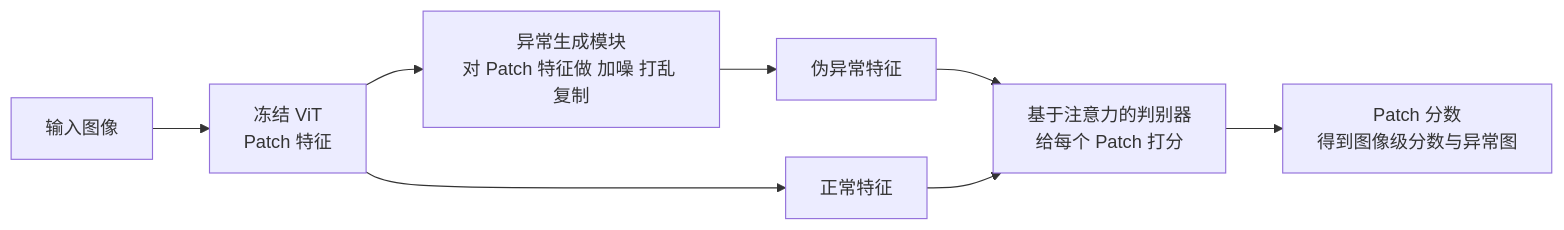
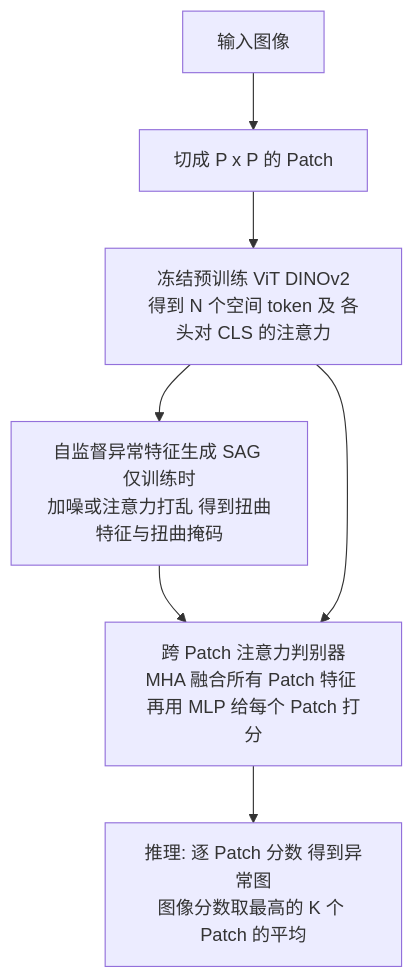
One commit to junxnone/aiwiki changed the diagram in docs/0755_paper_GeneralAD.md. Above: the diagram before and after it, drawn with Mermaid. The commit also changed other lines of this file and 1 other file, not shown here.

````diff
--- a/docs/0755_paper_GeneralAD.md
+++ b/docs/0755_paper_GeneralAD.md
@@ -18,10 +20,9 @@
 ```mermaid
-graph LR
-    X["输入图像"] --> V["冻结 ViT<br/>Patch 特征"]
-    V --> G["异常生成模块<br/>对 Patch 特征做 加噪 打乱 复制"]
-    G --> P["伪异常特征"]
-    V --> N["正常特征"]
-    P --> D["基于注意力的判别器<br/>给每个 Patch 打分"]
-    N --> D
-    D --> O["Patch 分数<br/>得到图像级分数与异常图"]
+graph TD
+    X["输入图像"] --> P["切成 P x P 的 Patch"]
+    P --> F["冻结预训练 ViT DINOv2<br/>得到 N 个空间 token 及 各头对 CLS 的注意力"]
+    F --> SAG["自监督异常特征生成 SAG 仅训练时<br/>加噪或注意力打乱 得到扭曲特征与扭曲掩码"]
+    SAG --> D["跨 Patch 注意力判别器<br/>MHA 融合所有 Patch 特征 再用 MLP 给每个 Patch 打分"]
+    F --> D
+    D --> S["推理: 逐 Patch 分数 得到异常图<br/>图像分数取最高的 K 个 Patch 的平均"]
 ```
````
